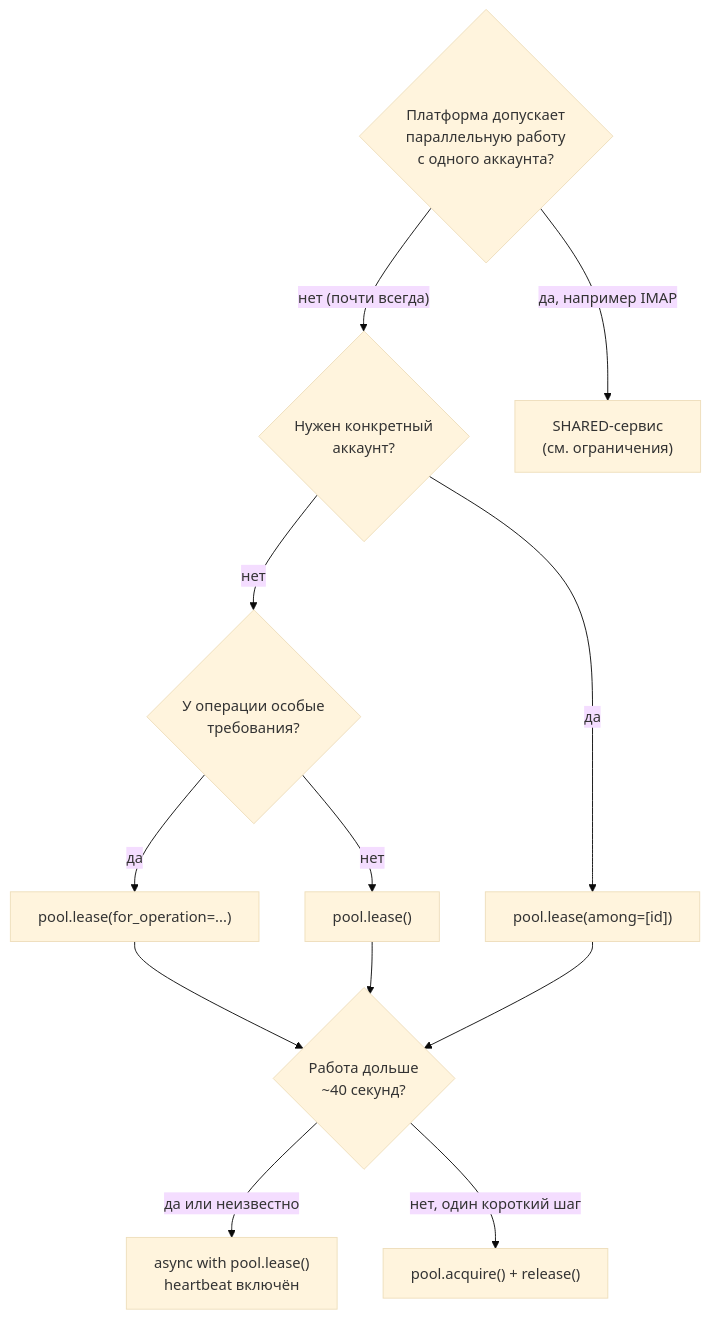
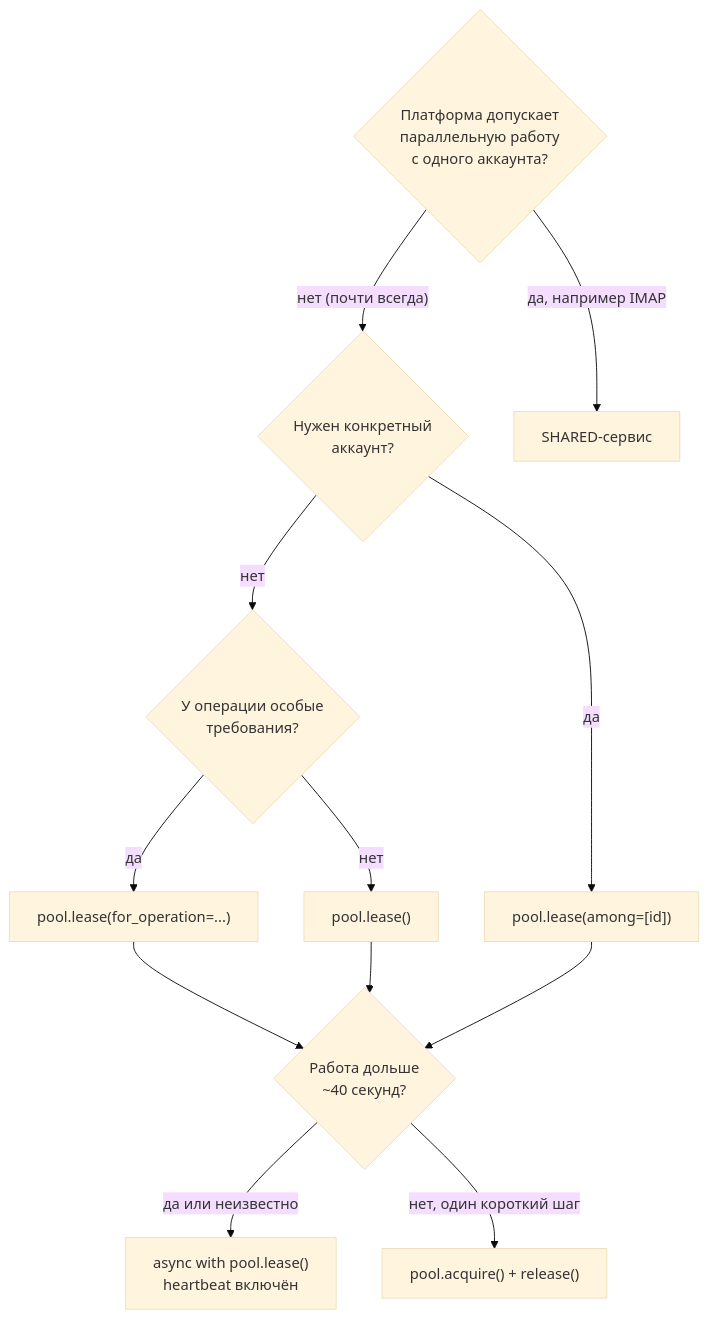
Before and after one commit to 0cherednoq/identity-hub: the first of 2 diagrams in docs/guide/07-leases.md, drawn with Mermaid (base theme). The commit also changed other lines of this file and 12 other files, not shown here.

````diff
--- a/docs/guide/07-leases.md
+++ b/docs/guide/07-leases.md
@@ -44,13 +44,13 @@
 ```mermaid
 flowchart TD
     Q1{"Платформа допускает<br/>параллельную работу<br/>с одного аккаунта?"}
     Q1 -- "нет (почти всегда)" --> Q2{"Нужен конкретный<br/>аккаунт?"}
-    Q1 -- "да, например IMAP" --> SH["SHARED-сервис<br/>(см. ограничения)"]
+    Q1 -- "да, например IMAP" --> SH["SHARED-сервис"]
     Q2 -- да --> AM["pool.lease(among=[id])"]
     Q2 -- нет --> Q3{"У операции особые<br/>требования?"}
     Q3 -- да --> FO["pool.lease(for_operation=...)"]
     Q3 -- нет --> PL["pool.lease()"]
     FO & PL & AM --> Q4{"Работа дольше<br/>~40 секунд?"}
     Q4 -- "да или неизвестно" --> CM["async with pool.lease()<br/>heartbeat включён"]
     Q4 -- "нет, один короткий шаг" --> AC["pool.acquire() + release()"]
 ```
````
